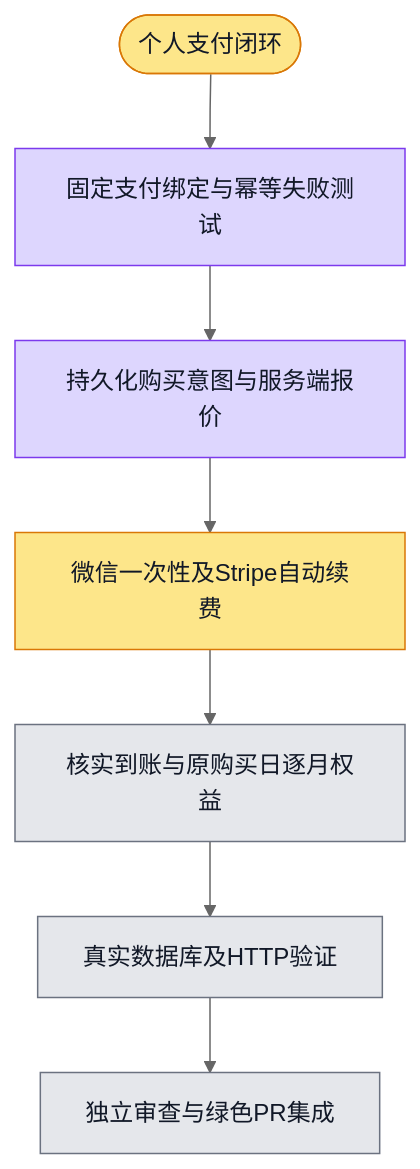
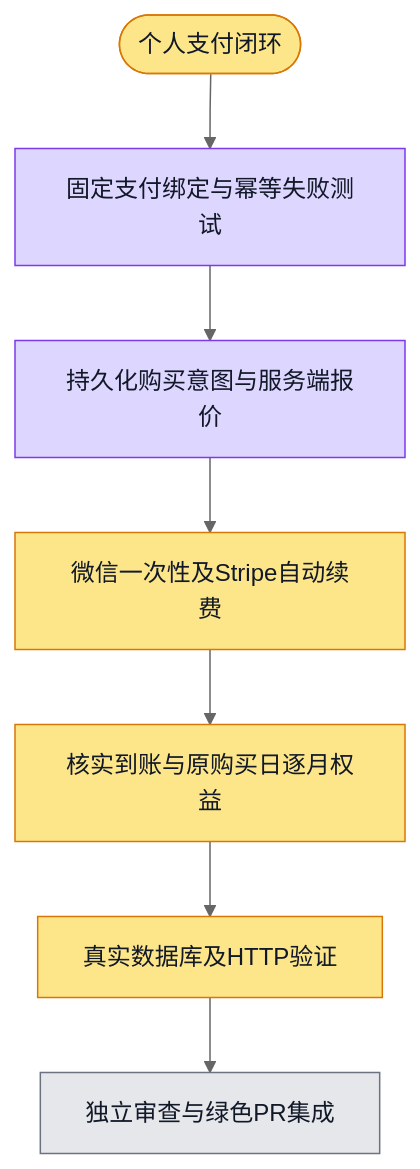
One commit to boardx/workspacex changed the diagram in phases/phase-21-billing-payment/design-deltas/personal-payments/plan.md. Above: the diagram before and after it, drawn with Mermaid (neutral theme). The commit also changed 28 other files, not shown here.

````diff
--- a/phases/phase-21-billing-payment/design-deltas/personal-payments/plan.md
+++ b/phases/phase-21-billing-payment/design-deltas/personal-payments/plan.md
@@ -3,25 +3,25 @@
 ```mermaid
 flowchart TD
   G([个人支付闭环])
   S1[固定支付绑定与幂等失败测试]
   S2[持久化购买意图与服务端报价]
   S3[微信一次性及Stripe自动续费]
   S4[核实到账与原购买日逐月权益]
   S5[真实数据库及HTTP验证]
   S6[独立审查与绿色PR集成]
   G --> S1 --> S2 --> S3 --> S4 --> S5 --> S6
   classDef todo fill:#e5e7eb,stroke:#6b7280,color:#111827
   classDef doing fill:#fde68a,stroke:#d97706,color:#111827
   classDef done fill:#bbf7d0,stroke:#16a34a,color:#111827
   classDef tested fill:#ddd6fe,stroke:#7c3aed,color:#111827
   classDef blocked fill:#fecaca,stroke:#dc2626,color:#111827
   class G doing
   class S1 tested
   %% evidence S1: provider 113 tests passed; evidence/provider-current.txt
   class S2 tested
   %% evidence S2: PostgreSQL 7 and HTTP 2 passed; evidence/intents-green.txt and http-green.txt
   class S3 doing
-  class S4 todo
-  class S5 todo
+  class S4 doing
+  class S5 doing
   class S6 todo
 ```
````
